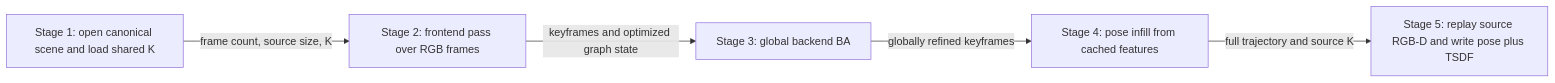
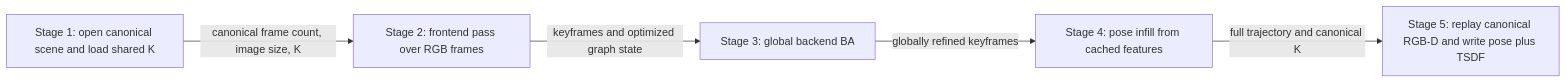
The first of 5 diagrams in fullexplain.md (sadanand1120/vipe), drawn with Mermaid before and after one commit. The commit also changed other lines of this file and 16 other files, not shown here.

Commit message:
Standardize canonical RGB-D frontier pipeline

````diff
--- a/fullexplain.md
+++ b/fullexplain.md
@@ -41,12 +41,12 @@
 ```mermaid
 flowchart LR
     S1[Stage 1: open canonical scene and load shared K]
     S2[Stage 2: frontend pass over RGB frames]
     S3[Stage 3: global backend BA]
     S4[Stage 4: pose infill from cached features]
-    S5[Stage 5: replay source RGB-D and write pose plus TSDF]
-    S1 -->|frame count, source size, K| S2
+    S5[Stage 5: replay canonical RGB-D and write pose plus TSDF]
+    S1 -->|canonical frame count, image size, K| S2
     S2 -->|keyframes and optimized graph state| S3
     S3 -->|globally refined keyframes| S4
-    S4 -->|full trajectory and source K| S5
+    S4 -->|full trajectory and canonical K| S5
 ```
````
